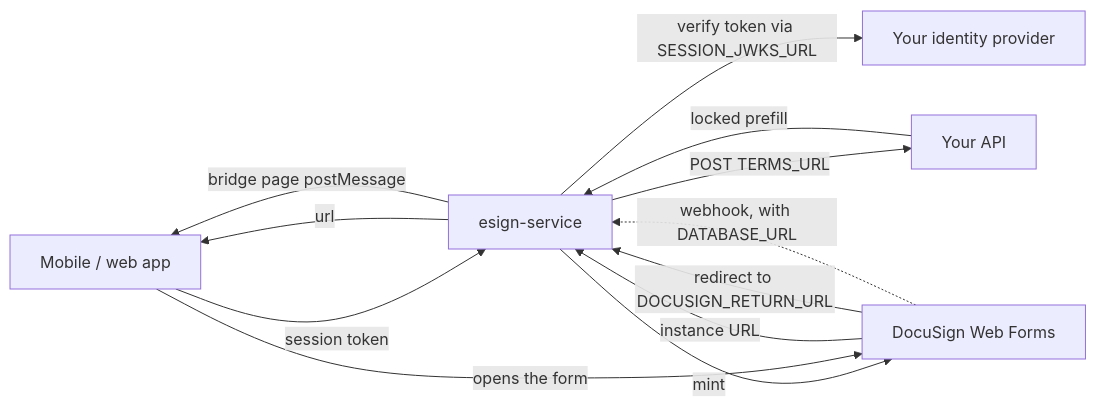
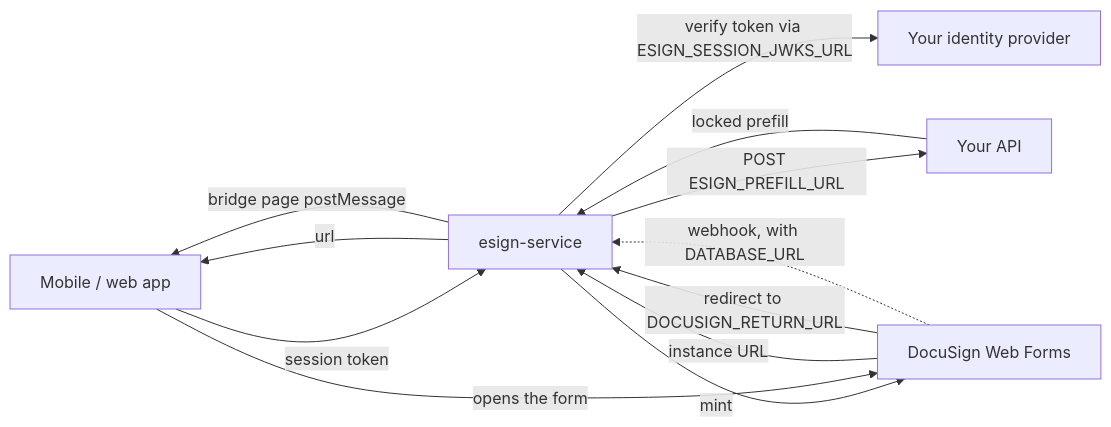
Before and after one commit to blinkbitcoin/esign: the second of 2 diagrams in docs/operations/production.md, drawn with Mermaid. The commit also changed other lines of this file and 100 other files, not shown here.

````diff
--- a/docs/operations/production.md
+++ b/docs/operations/production.md
@@ -51,14 +51,14 @@
 ```mermaid
 flowchart LR
   App[Mobile / web app] -->|session token| SVC[esign-service]
-  SVC -->|verify token via SESSION_JWKS_URL| IDP[Your identity provider]
-  SVC -->|POST TERMS_URL| API[Your API]
+  SVC -->|verify token via ESIGN_SESSION_JWKS_URL| IDP[Your identity provider]
+  SVC -->|POST ESIGN_PREFILL_URL| API[Your API]
   API -->|locked prefill| SVC
   SVC -->|mint| DS[DocuSign Web Forms]
   DS -->|instance URL| SVC
   SVC -->|url| App
   App -->|opens the form| DS
   DS -->|redirect to DOCUSIGN_RETURN_URL| SVC
   SVC -->|bridge page postMessage| App
   DS -.->|webhook, with DATABASE_URL| SVC
 ```
````
